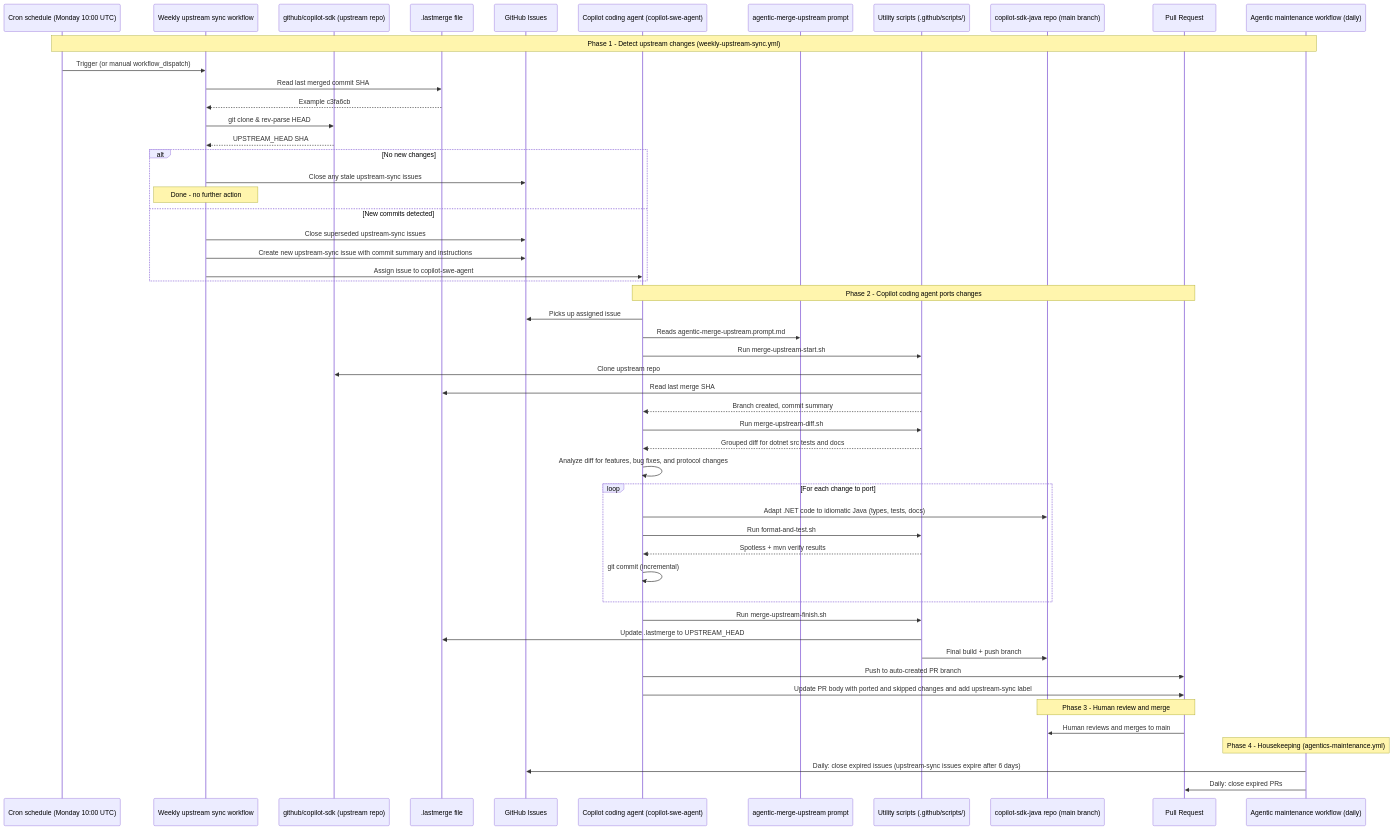
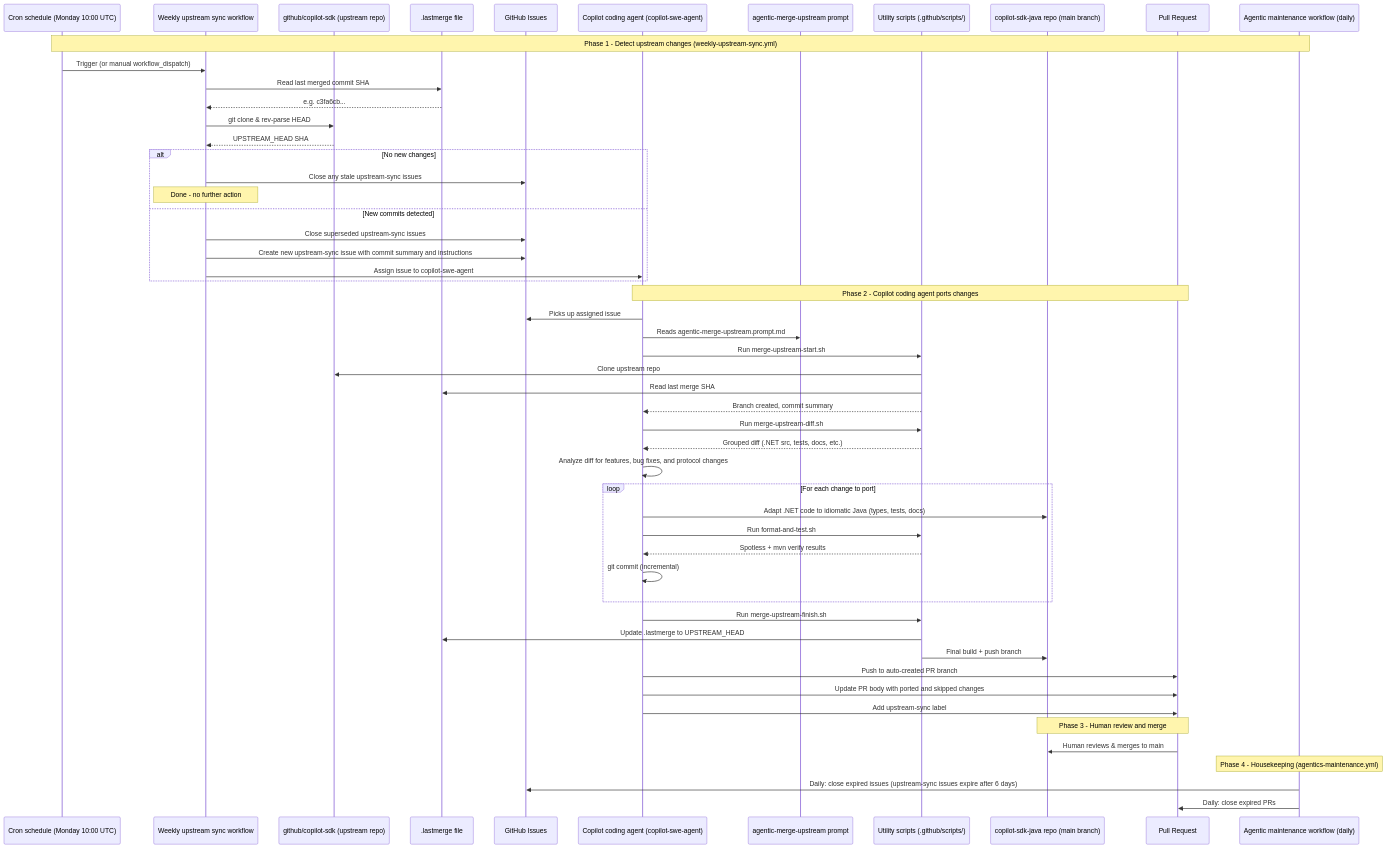
Before and after one commit to edburns/copilot-sdk-java: the diagram in docs/20260416-ep-8349-bruno-borges-agentic-workflow-sequence-diagram.md, drawn with Mermaid.

Commit message:
Fixes from mermaid.ai

````diff
--- a/docs/20260416-ep-8349-bruno-borges-agentic-workflow-sequence-diagram.md
+++ b/docs/20260416-ep-8349-bruno-borges-agentic-workflow-sequence-diagram.md
@@ -1,64 +1,65 @@
 ```mermaid
 sequenceDiagram
     participant Cron as Cron schedule (Monday 10:00 UTC)
     participant WUS as Weekly upstream sync workflow
     participant Upstream as github/copilot-sdk (upstream repo)
     participant LastMerge as .lastmerge file
     participant GHIssues as GitHub Issues
     participant Copilot as Copilot coding agent (copilot-swe-agent)
     participant Prompt as agentic-merge-upstream prompt
     participant Scripts as Utility scripts (.github/scripts/)
     participant JavaSDK as copilot-sdk-java repo (main branch)
     participant PR as Pull Request
     participant Maint as Agentic maintenance workflow (daily)
 
     Note over Cron,Maint: Phase 1 - Detect upstream changes (weekly-upstream-sync.yml)
     Cron->>WUS: Trigger (or manual workflow_dispatch)
     WUS->>LastMerge: Read last merged commit SHA
-    LastMerge-->>WUS: Example c3fa6cb
+    LastMerge-->>WUS: e.g. c3fa6cb...
     WUS->>Upstream: git clone & rev-parse HEAD
     Upstream-->>WUS: UPSTREAM_HEAD SHA
     
     alt No new changes
         WUS->>GHIssues: Close any stale upstream-sync issues
         Note over WUS: Done - no further action
     else New commits detected
         WUS->>GHIssues: Close superseded upstream-sync issues
         WUS->>GHIssues: Create new upstream-sync issue with commit summary and instructions
         WUS->>Copilot: Assign issue to copilot-swe-agent
     end
 
     Note over Copilot,PR: Phase 2 - Copilot coding agent ports changes
     Copilot->>GHIssues: Picks up assigned issue
     Copilot->>Prompt: Reads agentic-merge-upstream.prompt.md
     Copilot->>Scripts: Run merge-upstream-start.sh
     Scripts->>Upstream: Clone upstream repo
     Scripts->>LastMerge: Read last merge SHA
     Scripts-->>Copilot: Branch created, commit summary
 
     Copilot->>Scripts: Run merge-upstream-diff.sh
-    Scripts-->>Copilot: Grouped diff for dotnet src tests and docs
+    Scripts-->>Copilot: Grouped diff (.NET src, tests, docs, etc.)
 
     Copilot->>Copilot: Analyze diff for features, bug fixes, and protocol changes
     
     loop For each change to port
         Copilot->>JavaSDK: Adapt .NET code to idiomatic Java (types, tests, docs)
         Copilot->>Scripts: Run format-and-test.sh
         Scripts-->>Copilot: Spotless + mvn verify results
         Copilot->>Copilot: git commit (incremental)
     end
 
     Copilot->>Scripts: Run merge-upstream-finish.sh
     Scripts->>LastMerge: Update .lastmerge to UPSTREAM_HEAD
     Scripts->>JavaSDK: Final build + push branch
 
     Copilot->>PR: Push to auto-created PR branch
-    Copilot->>PR: Update PR body with ported and skipped changes and add upstream-sync label
+    Copilot->>PR: Update PR body with ported and skipped changes
+    Copilot->>PR: Add upstream-sync label
 
     Note over PR,JavaSDK: Phase 3 - Human review and merge
-    PR->>JavaSDK: Human reviews and merges to main
+    PR->>JavaSDK: Human reviews & merges to main
 
     Note over Maint: Phase 4 - Housekeeping (agentics-maintenance.yml)
     Maint->>GHIssues: Daily: close expired issues (upstream-sync issues expire after 6 days)
     Maint->>PR: Daily: close expired PRs
 ```
````
